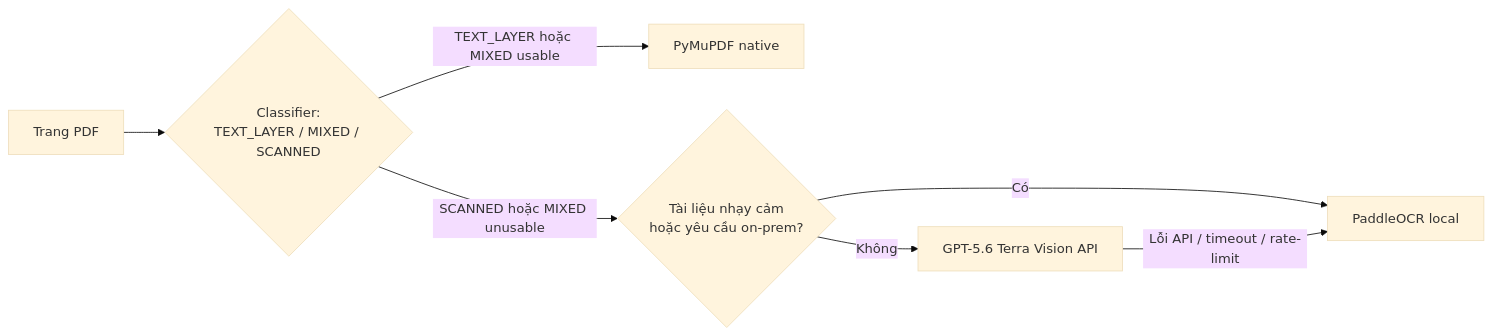
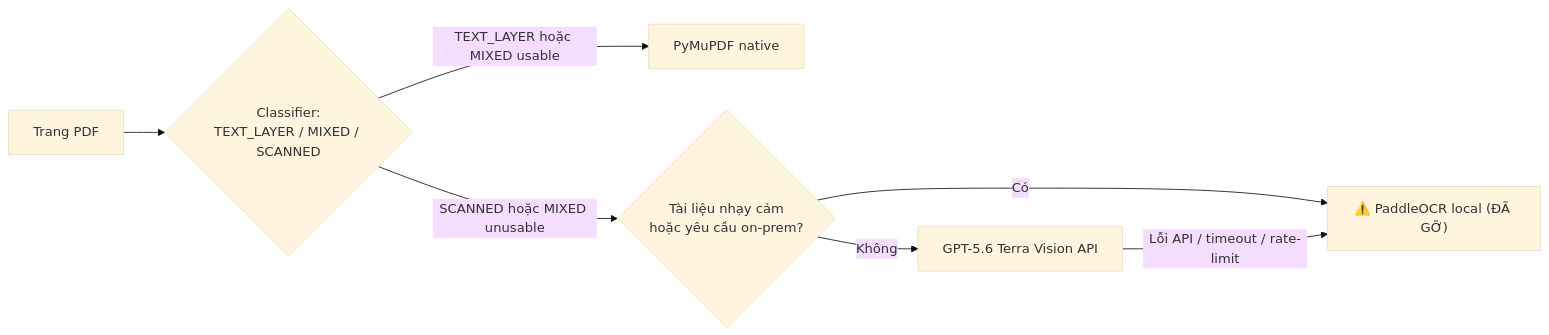
One commit to AI20K-VGR/contract-intelligence-core changed the second of 4 diagrams in ai-service/docs/CONTRACT_INTELLIGENCE_ARCHITECTURE.md. Above: the diagram before and after it, drawn with Mermaid (base theme). The commit also changed other lines of this file and 14 other files, not shown here.

Commit message:
docs(ai-service): sync docs, schema and team handoff with the Mistral table pipeline

````diff
--- a/ai-service/docs/CONTRACT_INTELLIGENCE_ARCHITECTURE.md
+++ b/ai-service/docs/CONTRACT_INTELLIGENCE_ARCHITECTURE.md
@@ -122,9 +124,9 @@
 ```mermaid
 flowchart LR
     P[Trang PDF] --> CLS{Classifier:<br/>TEXT_LAYER / MIXED / SCANNED}
     CLS -->|TEXT_LAYER hoặc MIXED usable| NAT[PyMuPDF native]
     CLS -->|SCANNED hoặc MIXED unusable| SENS{Tài liệu nhạy cảm<br/>hoặc yêu cầu on-prem?}
-    SENS -->|Có| PADDLE[PaddleOCR local]
+    SENS -->|Có| PADDLE["⚠️ PaddleOCR local (ĐÃ GỠ)"]
     SENS -->|Không| TERRA[GPT-5.6 Terra Vision API]
     TERRA -->|Lỗi API / timeout / rate-limit| PADDLE
 ```
````
